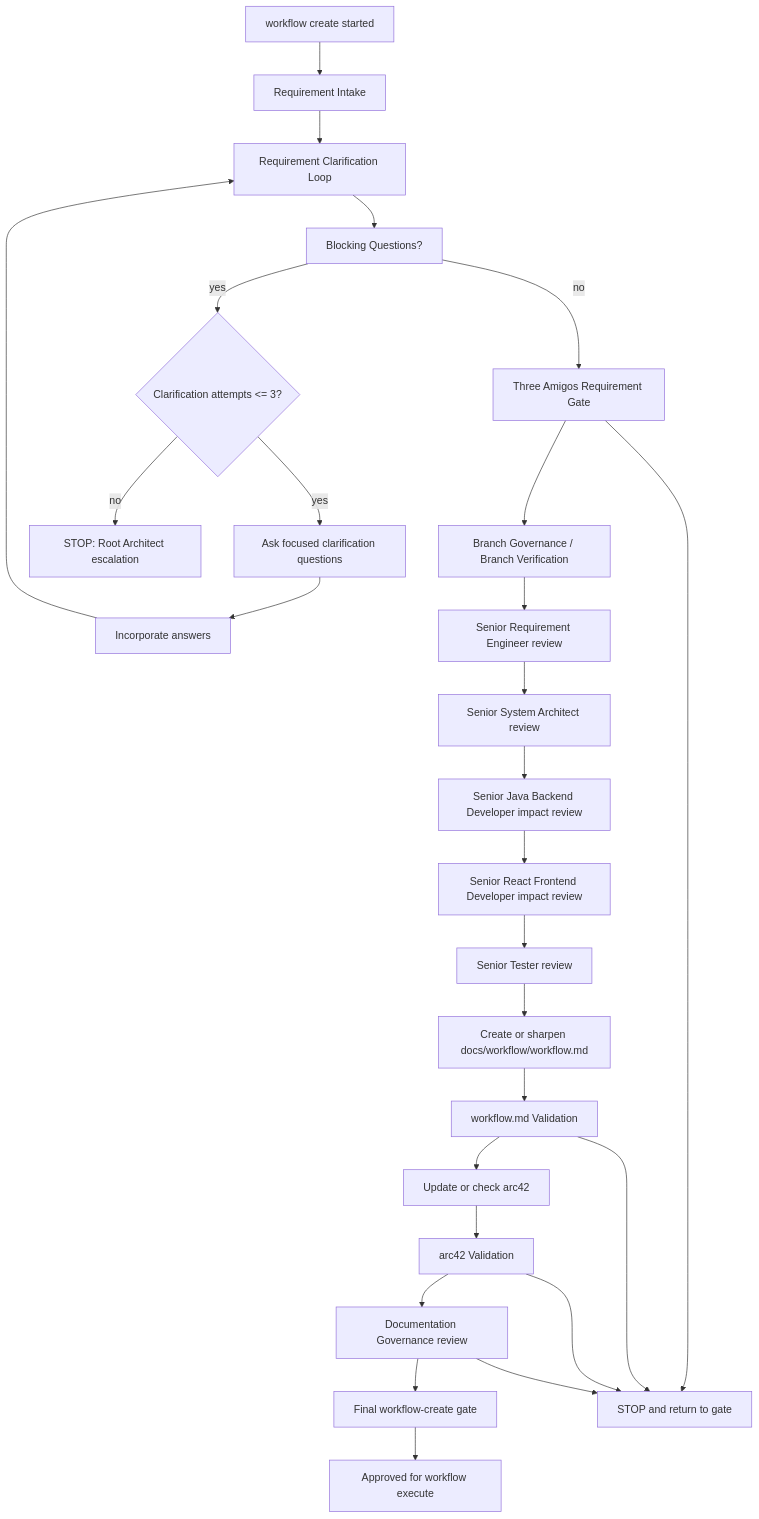
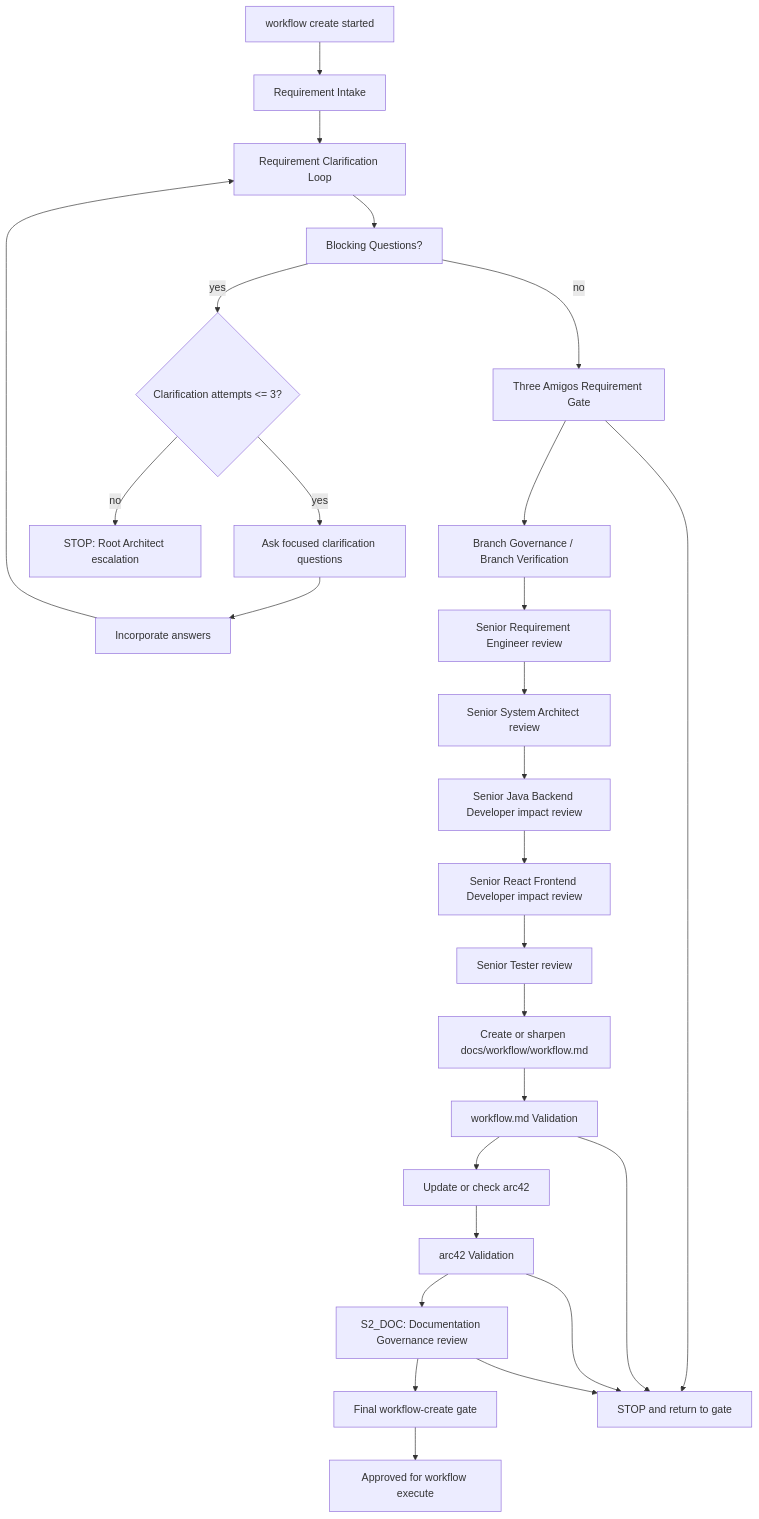
Before and after one commit to MatthiasBurger-Coder/forensic_analytics: the diagram in docs/process/workflow-create.md, drawn with Mermaid. The commit also changed other lines of this file and 15 other files, not shown here.

First line of the commit message:
docs(slice-12): split documentation governance nodes

````diff
--- a/docs/process/workflow-create.md
+++ b/docs/process/workflow-create.md
@@ -11,36 +17,36 @@
 ```mermaid
 flowchart TD
   Start["workflow create started"]
   Intake["Requirement Intake"]
   Clarify["Requirement Clarification Loop"]
   Blocking["Blocking Questions?"]
   Retry{"Clarification attempts <= 3?"}
   Ask["Ask focused clarification questions"]
   Incorporate["Incorporate answers"]
   Escalate["STOP: Root Architect escalation"]
   Gate["Three Amigos Requirement Gate"]
   Branch["Branch Governance / Branch Verification"]
   Req["Senior Requirement Engineer review"]
   Arch["Senior System Architect review"]
   Java["Senior Java Backend Developer impact review"]
   React["Senior React Frontend Developer impact review"]
   Tester["Senior Tester review"]
   Workflow["Create or sharpen docs/workflow/workflow.md"]
   WorkflowCheck["workflow.md Validation"]
   Arc42["Update or check arc42"]
   Arc42Check["arc42 Validation"]
-  Docs["Documentation Governance review"]
+  Docs["S2_DOC: Documentation Governance review"]
   Final["Final workflow-create gate"]
   Approved["Approved for workflow execute"]
   Stop["STOP and return to gate"]
 
   Start --> Intake --> Clarify --> Blocking
   Blocking -->|yes| Retry
   Retry -->|yes| Ask --> Incorporate --> Clarify
   Retry -->|no| Escalate
   Blocking -->|no| Gate --> Branch --> Req --> Arch --> Java --> React --> Tester --> Workflow --> WorkflowCheck --> Arc42 --> Arc42Check --> Docs --> Final --> Approved
   Gate --> Stop
   WorkflowCheck --> Stop
   Arc42Check --> Stop
   Docs --> Stop
 ```
````
